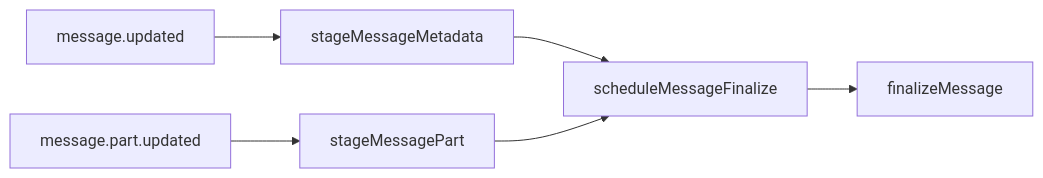
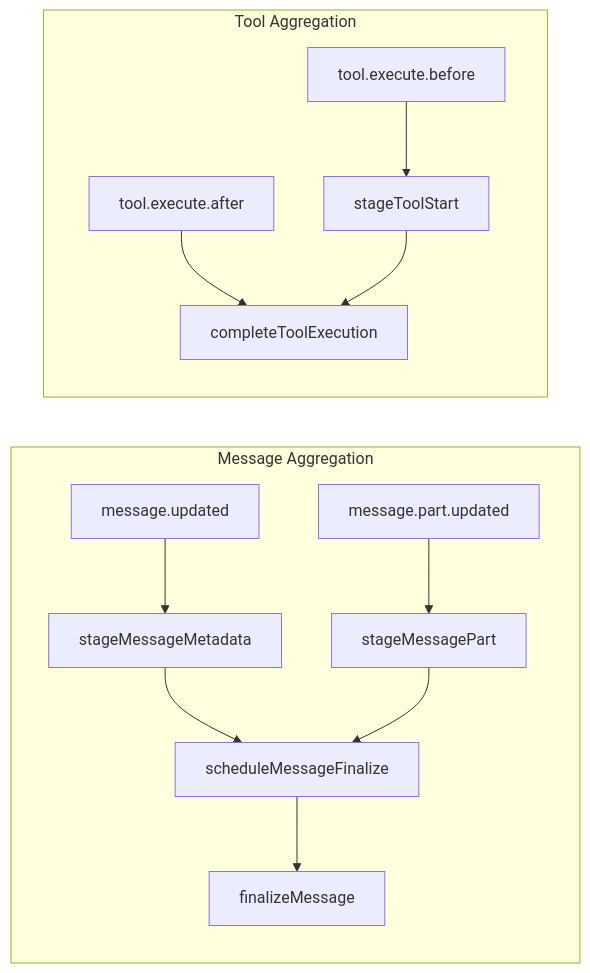
One commit to dxta-dev/clankers changed the diagram in lode/ingestion/aggregation.md. Above: the diagram before and after it, drawn with Mermaid. The commit also changed other lines of this file and 11 other files, not shown here.

````diff
--- a/lode/ingestion/aggregation.md
+++ b/lode/ingestion/aggregation.md
@@ -23,8 +51,16 @@
 ```mermaid
 flowchart LR
-  Meta[message.updated] --> StageMeta[stageMessageMetadata]
-  Part[message.part.updated] --> StagePart[stageMessagePart]
-  StageMeta --> Debounce[scheduleMessageFinalize]
-  StagePart --> Debounce
-  Debounce --> Finalize[finalizeMessage]
+  subgraph Message Aggregation
+    Meta[message.updated] --> StageMeta[stageMessageMetadata]
+    Part[message.part.updated] --> StagePart[stageMessagePart]
+    StageMeta --> Debounce[scheduleMessageFinalize]
+    StagePart --> Debounce
+    Debounce --> Finalize[finalizeMessage]
+  end
+
+  subgraph Tool Aggregation
+    Before[tool.execute.before] --> StageTool[stageToolStart]
+    After[tool.execute.after] --> CompleteTool[completeToolExecution]
+    StageTool --> CompleteTool
+  end
 ```
````
